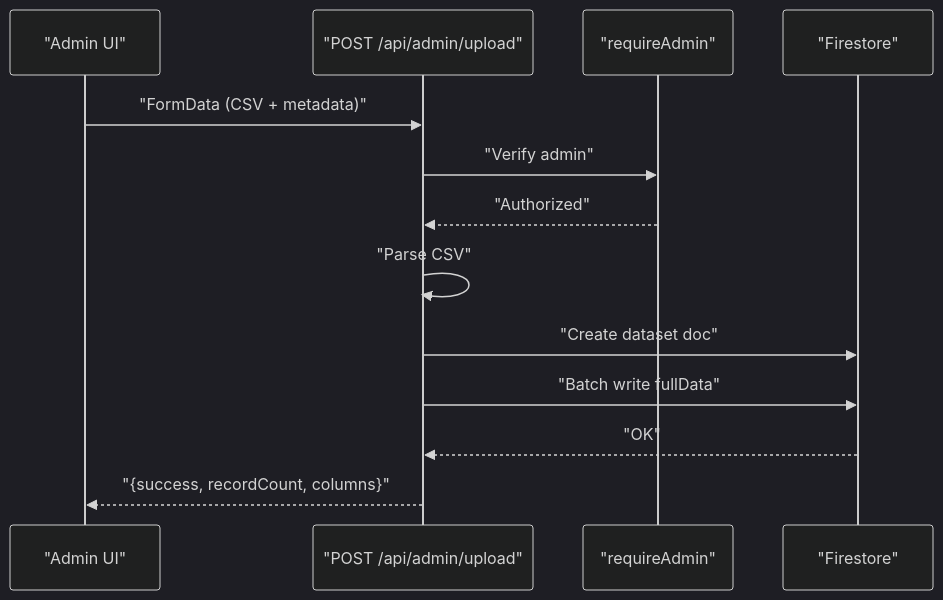
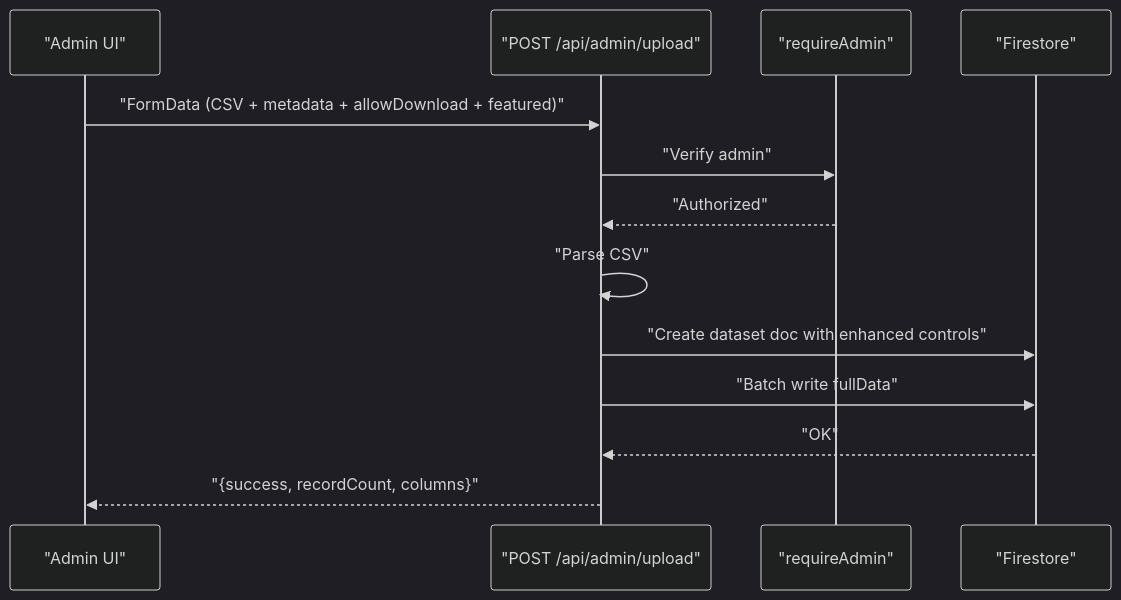
Before and after one commit to alikizang/datafrica: the fifth of 8 diagrams in .qoder/repowiki/en/content/Admin Panel/Admin Panel.md, drawn with Mermaid (dark theme). The commit also changed other lines of this file and 15 other files, not shown here.

````diff
--- a/.qoder/repowiki/en/content/Admin Panel/Admin Panel.md
+++ b/.qoder/repowiki/en/content/Admin Panel/Admin Panel.md
@@ -209,15 +226,15 @@
 ```mermaid
 sequenceDiagram
 participant Admin as "Admin UI"
 participant API as "POST /api/admin/upload"
 participant MW as "requireAdmin"
 participant DB as "Firestore"
-Admin->>API : "FormData (CSV + metadata)"
+Admin->>API : "FormData (CSV + metadata + allowDownload + featured)"
 API->>MW : "Verify admin"
 MW-->>API : "Authorized"
 API->>API : "Parse CSV"
-API->>DB : "Create dataset doc"
+API->>DB : "Create dataset doc with enhanced controls"
 API->>DB : "Batch write fullData"
 DB-->>API : "OK"
 API-->>Admin : "{success, recordCount, columns}"
 ```
````
